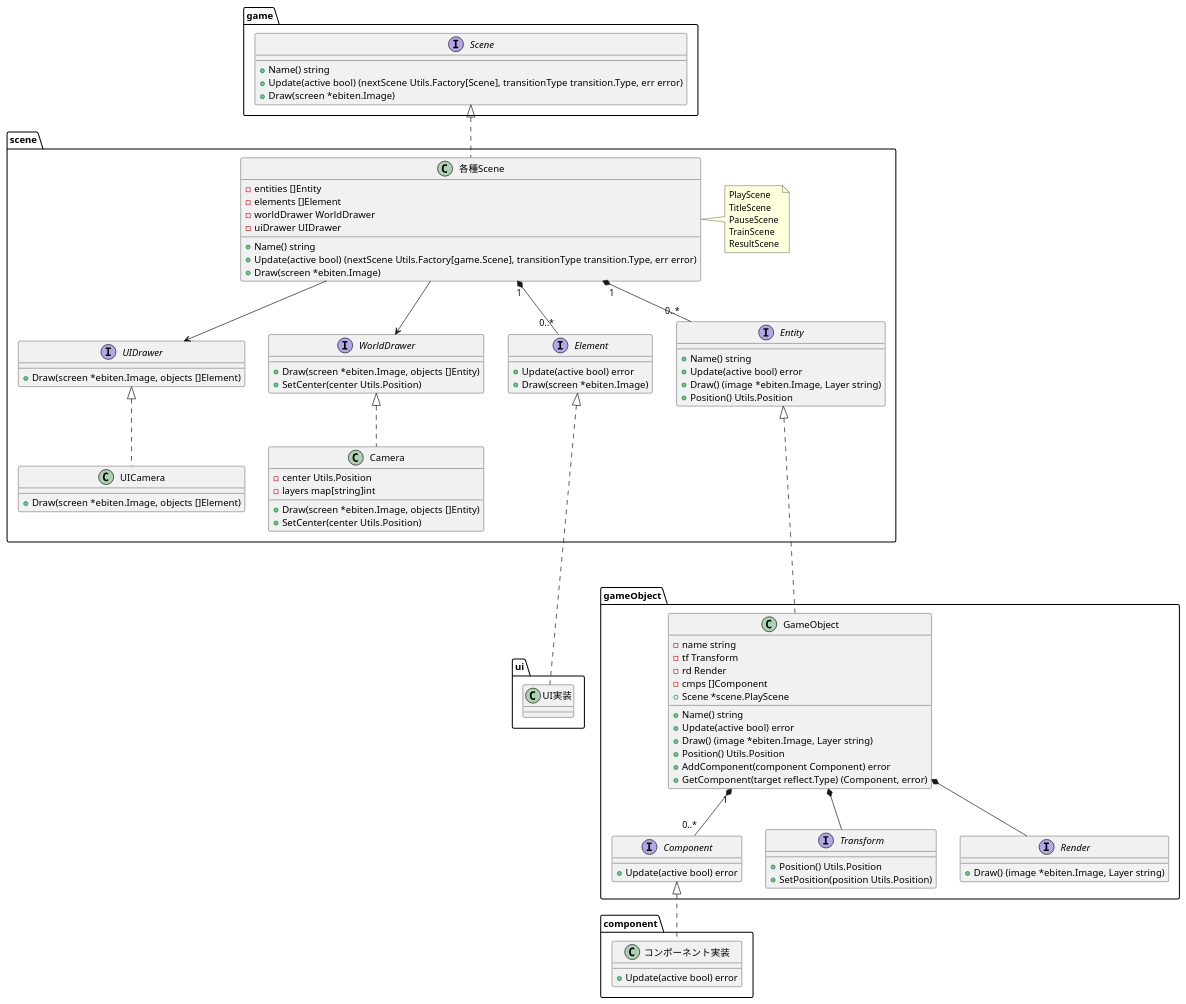
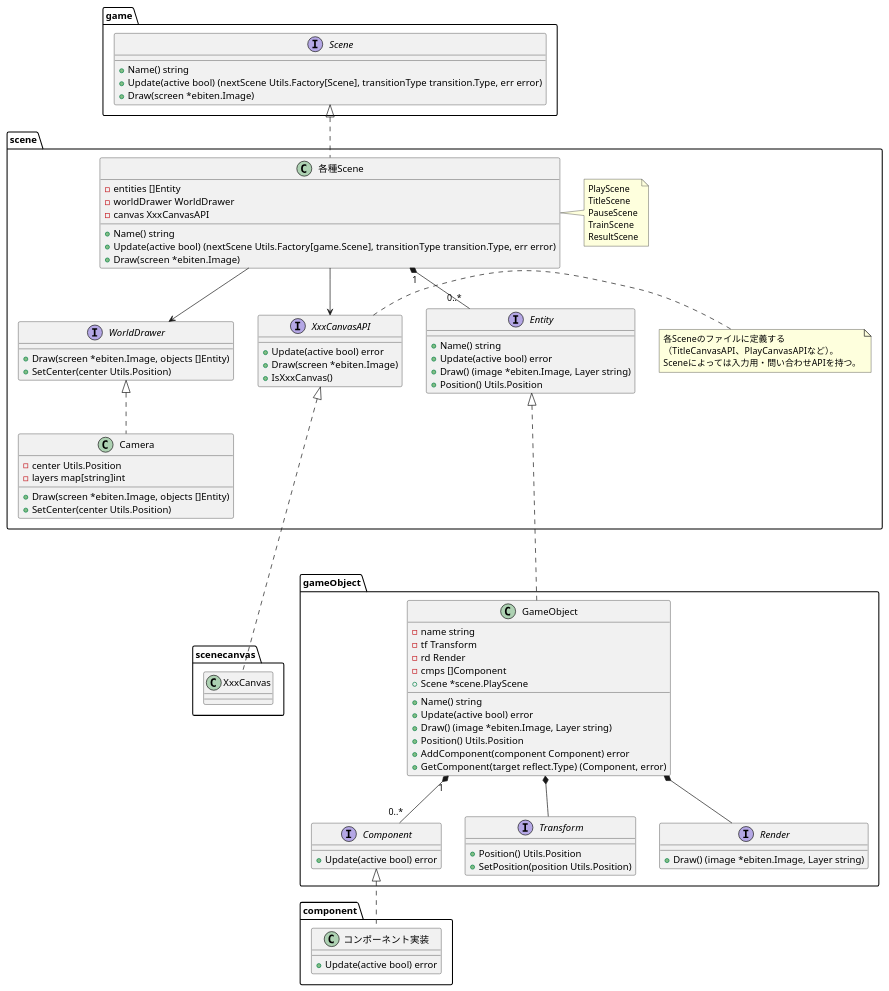
The diagram in Docs/Scene_class_diagram.puml (kmc-jp/Gamedev_Tempura-of-p--Phenylazo-phenol), drawn with PlantUML before and after one commit. The commit also changed 31 other files, not shown here.

```diff
--- a/Docs/Scene_class_diagram.puml
+++ b/Docs/Scene_class_diagram.puml
@@ -1,124 +1,120 @@
 @startuml Scene_class_diagram
 
 top to bottom direction
 
 package game {
     interface Scene {
         + Name() string
         + Update(active bool) (nextScene Utils.Factory[Scene], transitionType transition.Type, err error)
         + Draw(screen *ebiten.Image)
     }
 }
 
 package scene {
     interface WorldDrawer {
         + Draw(screen *ebiten.Image, objects []Entity)
         + SetCenter(center Utils.Position)
     }
 
-    interface UIDrawer {
-        + Draw(screen *ebiten.Image, objects []Element)
+    interface "XxxCanvasAPI" as CanvasAPI {
+        + Update(active bool) error
+        + Draw(screen *ebiten.Image)
+        + IsXxxCanvas()
     }
 
-    interface Element {
-        + Update(active bool) error
-        + Draw(screen *ebiten.Image)
-    }
+    note right of CanvasAPI
+    各Sceneのファイルに定義する
+    （TitleCanvasAPI、PlayCanvasAPIなど）。
+    Sceneによっては入力用・問い合わせAPIを持つ。
+    end note
 
     interface Entity {
         + Name() string
         + Update(active bool) error
         + Draw() (image *ebiten.Image, Layer string)
         + Position() Utils.Position
     }
 
     class "各種Scene" as HogeScene {
         - entities []Entity
-        - elements []Element
         - worldDrawer WorldDrawer
-        - uiDrawer UIDrawer
+        - canvas XxxCanvasAPI
         + Name() string
         + Update(active bool) (nextScene Utils.Factory[game.Scene], transitionType transition.Type, err error)
         + Draw(screen *ebiten.Image)
     }
 
     note right of HogeScene
     PlayScene
     TitleScene
     PauseScene
     TrainScene
     ResultScene
     end note
 
 
     class Camera {
         - center Utils.Position
         - layers map[string]int
         + Draw(screen *ebiten.Image, objects []Entity)
         + SetCenter(center Utils.Position)
-    }
-
-    class UICamera {
-        + Draw(screen *ebiten.Image, objects []Element)
     }
 }
 
 package gameObject {
     class GameObject {
         - name string
         - tf Transform
         - rd Render
         - cmps []Component
         + Scene *scene.PlayScene
         + Name() string
         + Update(active bool) error
         + Draw() (image *ebiten.Image, Layer string)
         + Position() Utils.Position
         + AddComponent(component Component) error
         + GetComponent(target reflect.Type) (Component, error)
     }
 
     interface Transform {
         + Position() Utils.Position
         + SetPosition(position Utils.Position)
     }
 
     interface Render {
         + Draw() (image *ebiten.Image, Layer string)
     }
 
     interface Component {
         + Update(active bool) error
     }
 }
 
 package component {
     class "コンポーネント実装" as CompImpl {
         + Update(active bool) error
     }
 }
 
-package ui {
-    class "UI実装" as UIImpl
+package scenecanvas {
+    class "XxxCanvas" as CanvasImpl
 }
 
 scene.HogeScene .up.|> game.Scene
 
 scene.HogeScene "1" *-down- "0..*" scene.Entity
-scene.HogeScene "1" *-down- "0..*" scene.Element
 scene.HogeScene -down-> scene.WorldDrawer
-scene.HogeScene -down-> scene.UIDrawer
+scene.HogeScene -down-> scene.CanvasAPI
 
 scene.Camera .up.|> scene.WorldDrawer
-scene.UICamera .up.|> scene.UIDrawer
 
 gameObject.GameObject ..up..|> scene.Entity
 gameObject.GameObject *-down- gameObject.Transform
 gameObject.GameObject *-down- gameObject.Render
 gameObject.GameObject "1" *-down- "0..*" gameObject.Component
 
 component.CompImpl .up.|> gameObject.Component
 
-ui.UIImpl ..up..|> scene.Element
+scenecanvas.CanvasImpl ..up..|> scene.CanvasAPI
 
 @enduml
```
